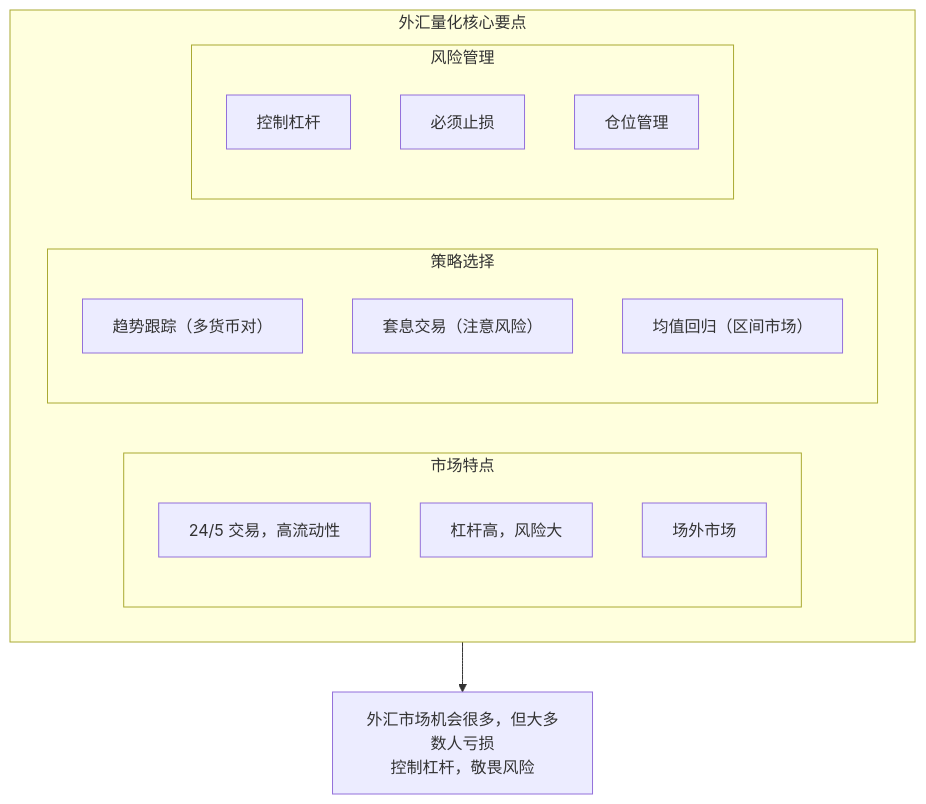
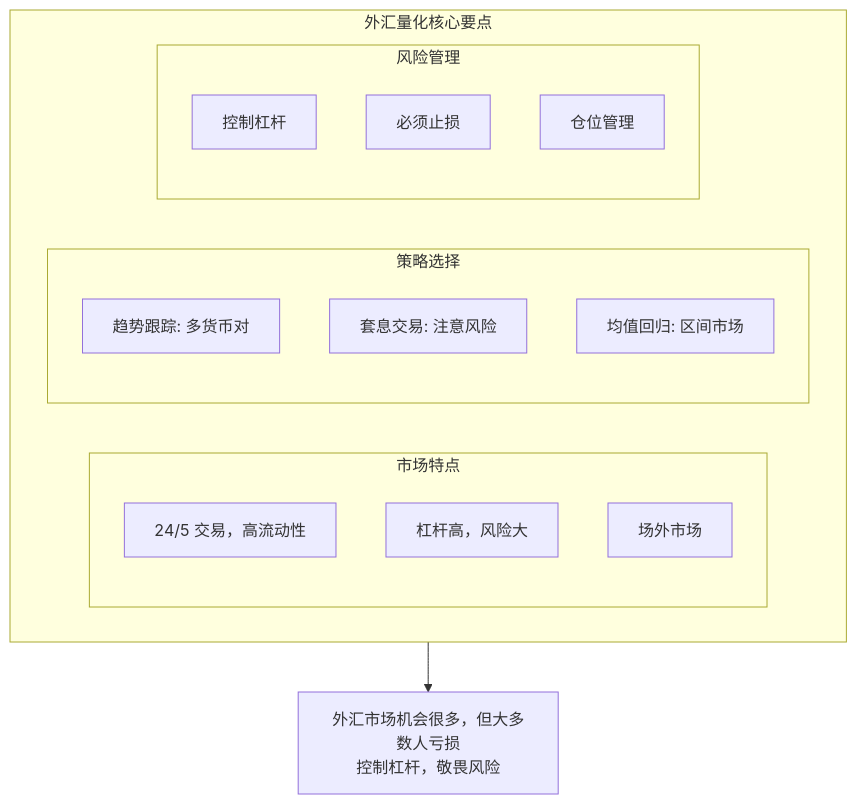
The second of 2 diagrams in content/articles/quant/quant-15-外汇量化入门.md (jpixy/jpixy.github.io), drawn with Mermaid before and after one commit. The commit also changed other lines of this file and 66 other files, not shown here.

Commit message:
fix: resolve Mermaid syntax errors by removing parentheses in node labels

````diff
--- a/content/articles/quant/quant-15-外汇量化入门.md
+++ b/content/articles/quant/quant-15-外汇量化入门.md
@@ -332,21 +332,21 @@
 ```mermaid
 graph TB
     subgraph 外汇量化核心要点
         subgraph 市场特点
             A1["24/5 交易，高流动性"]
             A2["杠杆高，风险大"]
             A3["场外市场"]
         end
         subgraph 策略选择
-            B1["趋势跟踪（多货币对）"]
-            B2["套息交易（注意风险）"]
-            B3["均值回归（区间市场）"]
+            B1["趋势跟踪: 多货币对"]
+            B2["套息交易: 注意风险"]
+            B3["均值回归: 区间市场"]
         end
         subgraph 风险管理
             C1["控制杠杆"]
             C2["必须止损"]
             C3["仓位管理"]
         end
     end
     外汇量化核心要点 --> 结论["外汇市场机会很多，但大多数人亏损<br/>控制杠杆，敬畏风险"]
 ```
````
